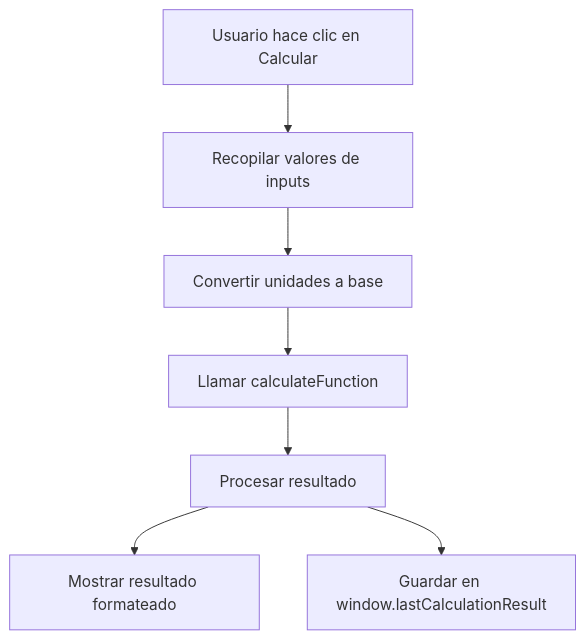
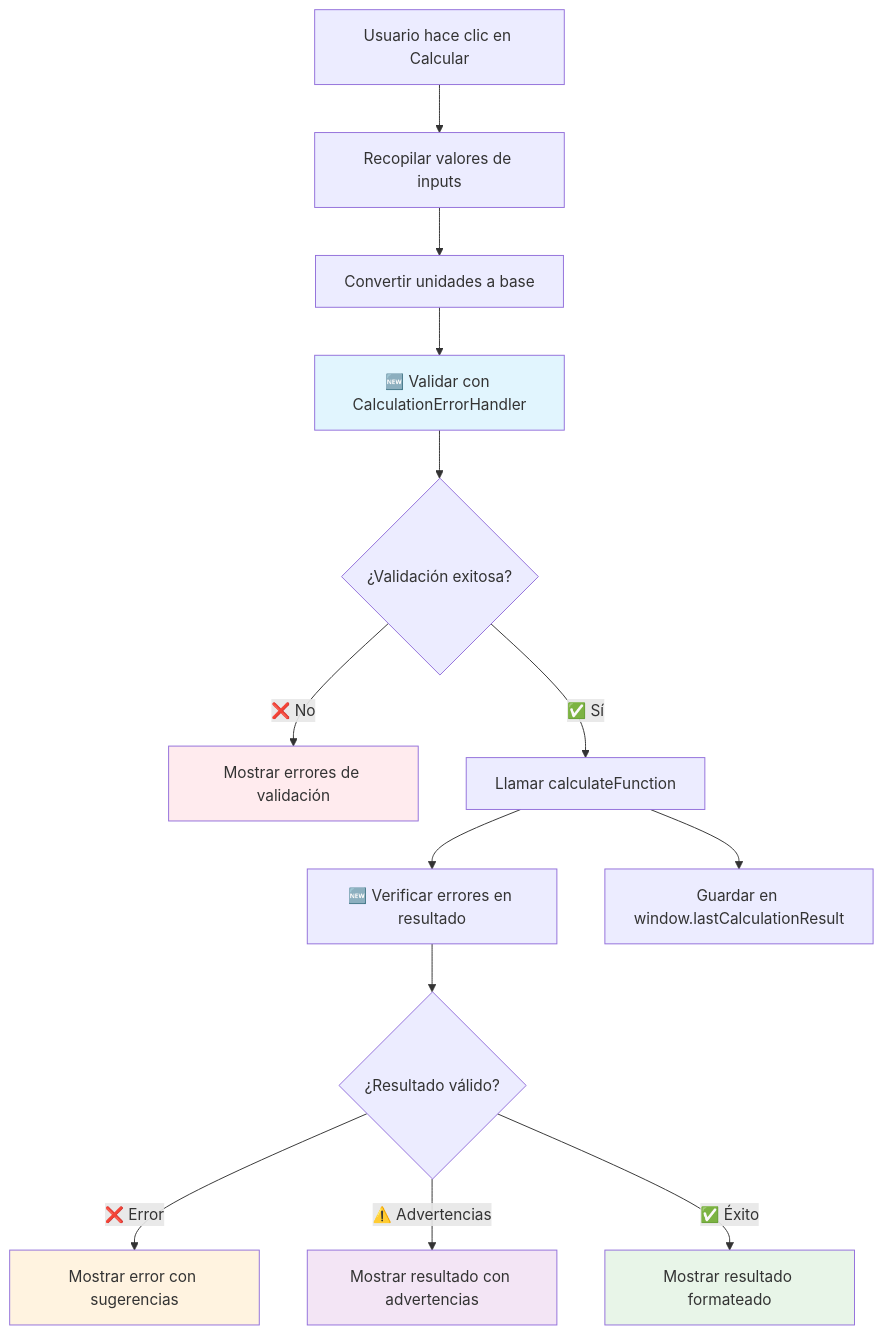
The second of 2 diagrams in src/docs/calculator-controller.md (AlejandroIMP/FisicaWebApplication), drawn with Mermaid before and after one commit. The commit also changed other lines of this file, not shown here.

Commit message:
feat: enhance calculator-controller documentation with robust error handling and input validation features

````diff
--- a/src/docs/calculator-controller.md
+++ b/src/docs/calculator-controller.md
@@ -135,9 +174,21 @@
 ```mermaid
 graph TD
     A[Usuario hace clic en Calcular] --> B[Recopilar valores de inputs]
     B --> C[Convertir unidades a base]
-    C --> D[Llamar calculateFunction]
-    D --> E[Procesar resultado]
-    E --> F[Mostrar resultado formateado]
-    E --> G[Guardar en window.lastCalculationResult]
+    C --> D[🆕 Validar con CalculationErrorHandler]
+    D --> E{¿Validación exitosa?}
+    E -->|❌ No| F[Mostrar errores de validación]
+    E -->|✅ Sí| G[Llamar calculateFunction]
+    G --> H[🆕 Verificar errores en resultado]
+    H --> I{¿Resultado válido?}
+    I -->|❌ Error| J[Mostrar error con sugerencias]
+    I -->|⚠️ Advertencias| K[Mostrar resultado con advertencias]
+    I -->|✅ Éxito| L[Mostrar resultado formateado]
+    G --> M[Guardar en window.lastCalculationResult]
+    
+    style D fill:#e1f5fe
+    style F fill:#ffebee
+    style J fill:#fff3e0
+    style K fill:#f3e5f5
+    style L fill:#e8f5e8
 ```
````
